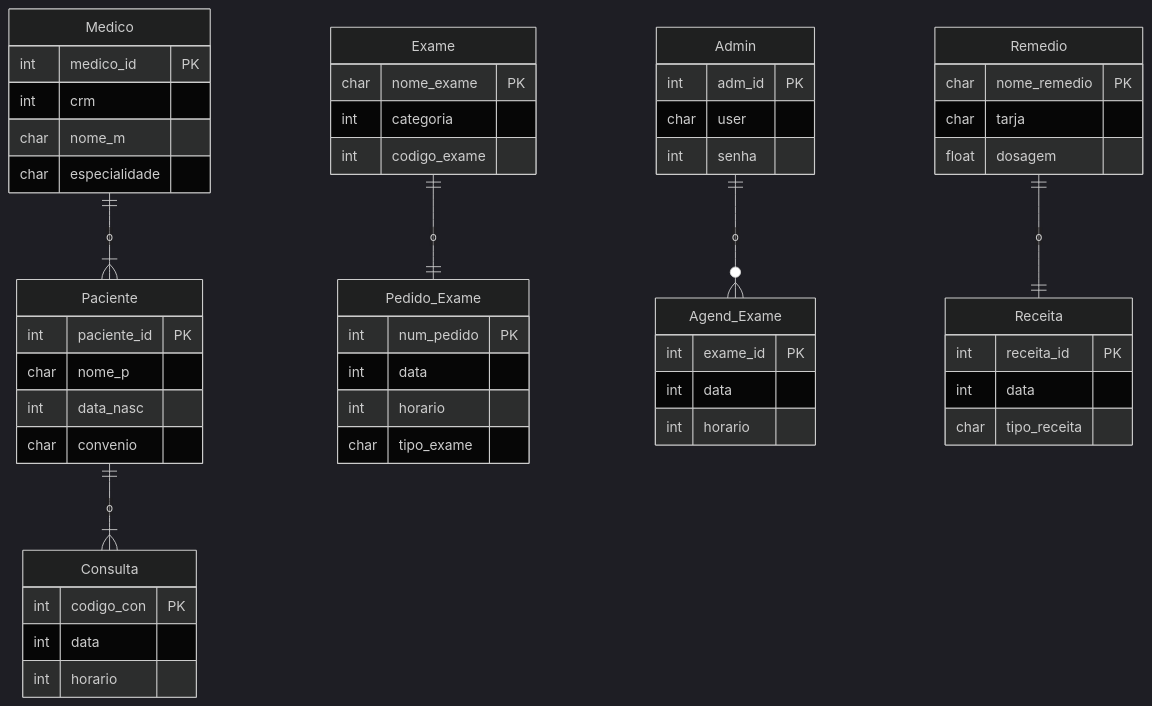
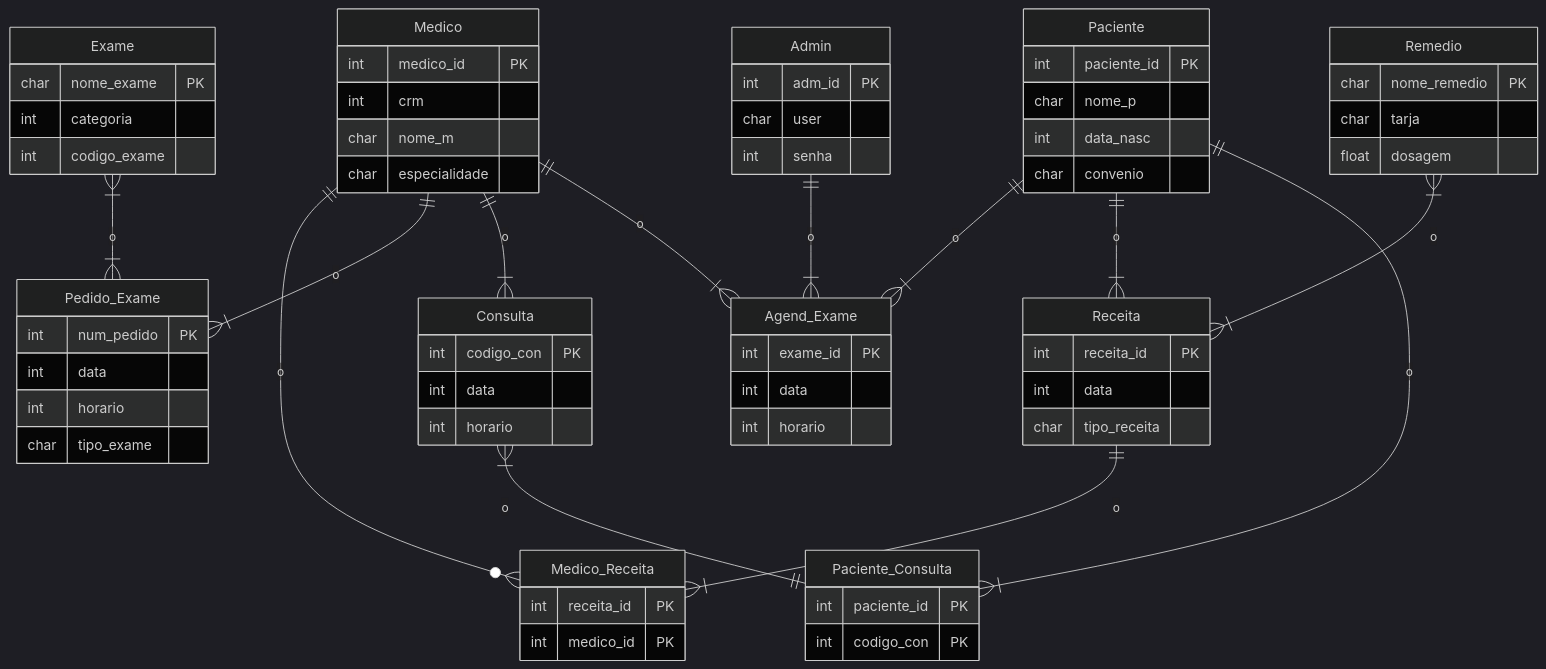
The diagram in MR.md (StellaOli/ModelandoSQL), drawn with Mermaid (dark theme) before and after one commit. The commit also changed other lines of this file, not shown here.

```diff
--- a/MR.md
+++ b/MR.md
@@ -65,11 +65,33 @@
            int senha
          }
 
-    Medico ||--|{ Paciente: o
-    Paciente ||--|{ Consulta : o
-    Remedio ||--|| Receita : o
-    Exame ||--|| Pedido_Exame : o
-    Admin ||--o{ Agend_Exame : o
+        Paciente_Consulta{
+           int paciente_id PK    
+           int codigo_con PK    
+         }
+
+        Medico_Receita{
+           int receita_id  PK
+           int medico_id PK
+        }
+
+
+    Medico ||--o{ Medico_Receita: o
+    Medico ||--|{ Pedido_Exame: o
+    Medico ||--|{ Consulta: o
+    Medico ||--|{ Agend_Exame: o
+
+    Paciente ||--|{ Agend_Exame : o
+    Paciente ||--|{ Receita : o
+    Paciente ||--|{ Paciente_Consulta : o
+
+    Receita ||--|{ Medico_Receita: o
+     
+    Consulta }|--|| Paciente_Consulta : o
+    
+    Remedio }|--|{ Receita : o
+    Exame }|--|{ Pedido_Exame : o
+    Admin ||--|{ Agend_Exame : o
     
 
 
```
